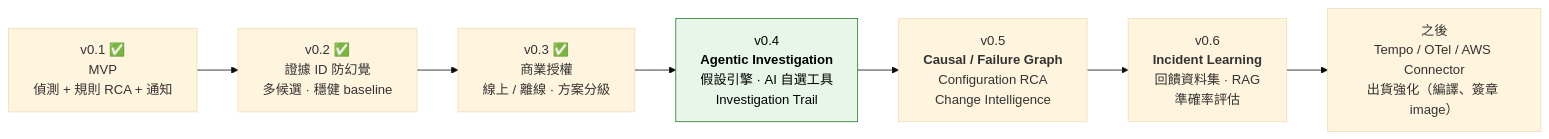
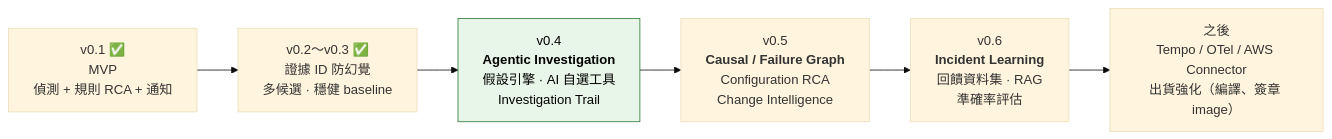
Diagram 11 of 11 in docs/product-flowcharts.md (kingchen0617/system-tool), drawn with Mermaid (base theme) before and after one commit. The commit also changed other lines of this file and 1 other file, not shown here.

````diff
--- a/docs/product-flowcharts.md
+++ b/docs/product-flowcharts.md
@@ -283,11 +261,10 @@
 ```mermaid
 flowchart LR
-    V1["v0.1 ✅<br/>MVP<br/>偵測 + 規則 RCA + 通知"] --> V2["v0.2 ✅<br/>證據 ID 防幻覺<br/>多候選 · 穩健 baseline"]
-    V2 --> V3["v0.3 ✅<br/>商業授權<br/>線上 / 離線 · 方案分級"]
-    V3 --> V4["v0.4<br/><b>Agentic Investigation</b><br/>假設引擎 · AI 自選工具<br/>Investigation Trail"]:::next
+    V1["v0.1 ✅<br/>MVP<br/>偵測 + 規則 RCA + 通知"] --> V2["v0.2～v0.3 ✅<br/>證據 ID 防幻覺<br/>多候選 · 穩健 baseline"]
+    V2 --> V4["v0.4<br/><b>Agentic Investigation</b><br/>假設引擎 · AI 自選工具<br/>Investigation Trail"]:::next
     V4 --> V5["v0.5<br/><b>Causal / Failure Graph</b><br/>Configuration RCA<br/>Change Intelligence"]
     V5 --> V6["v0.6<br/><b>Incident Learning</b><br/>回饋資料集 · RAG<br/>準確率評估"]
     V6 --> V7["之後<br/>Tempo / OTel / AWS Connector<br/>出貨強化（編譯、簽章 image）"]
 
     classDef next fill:#e8f5e9,stroke:#2e7d32,color:#000
 ```
````
